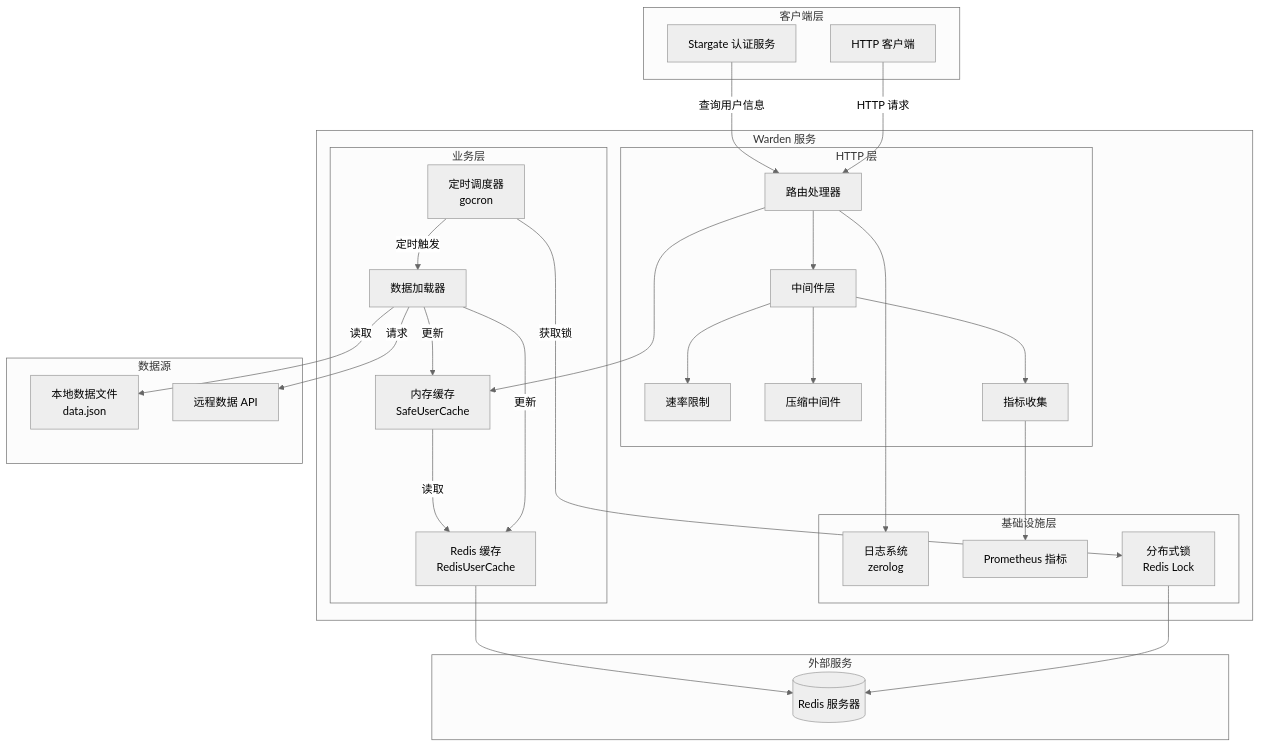
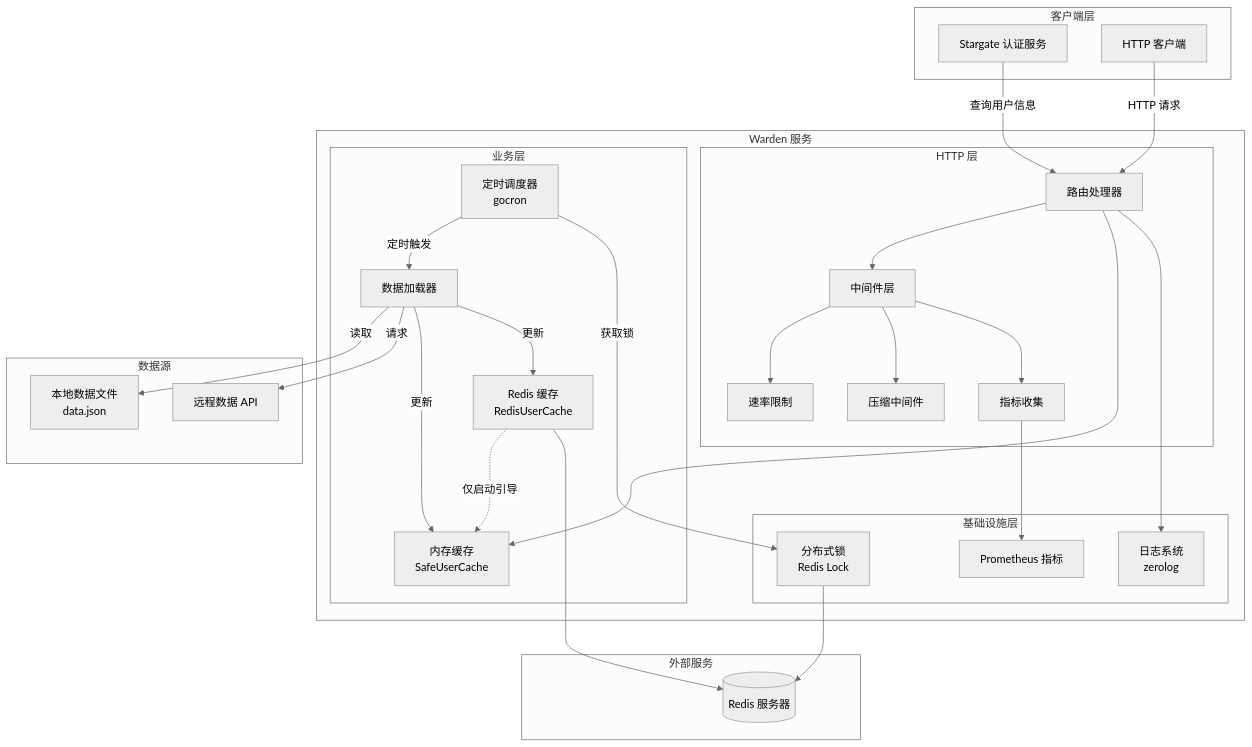
Before and after one commit to soulteary/warden: the first of 7 diagrams in docs/zhCN/ARCHITECTURE.md, drawn with Mermaid (neutral theme). The commit also changed other lines of this file and 1 other file, not shown here.

Commit message:
docs: correct startup and replica refresh flows

````diff
--- a/docs/zhCN/ARCHITECTURE.md
+++ b/docs/zhCN/ARCHITECTURE.md
@@ -11,58 +11,58 @@
 ```mermaid
 graph TB
     subgraph "客户端层"
         Stargate[Stargate 认证服务]
         Client[HTTP 客户端]
     end
 
     subgraph "Warden 服务"
         subgraph "HTTP 层"
             Router[路由处理器]
             Middleware[中间件层]
             RateLimit[速率限制]
             Compress[压缩中间件]
             Metrics[指标收集]
         end
 
         subgraph "业务层"
             UserCache[内存缓存<br/>SafeUserCache]
             RedisCache[Redis 缓存<br/>RedisUserCache]
             Loader[数据加载器]
             Scheduler[定时调度器<br/>gocron]
         end
 
         subgraph "基础设施层"
             Logger[日志系统<br/>zerolog]
             Prometheus[Prometheus 指标]
             RedisLock[分布式锁<br/>Redis Lock]
         end
     end
 
     subgraph "数据源"
         LocalFile[本地数据文件<br/>data.json]
         RemoteAPI[远程数据 API]
     end
 
     subgraph "外部服务"
         Redis[(Redis 服务器)]
     end
 
     Stargate -->|查询用户信息| Router
     Client -->|HTTP 请求| Router
     Router --> Middleware
     Middleware --> RateLimit
     Middleware --> Compress
     Middleware --> Metrics
     Router --> UserCache
-    UserCache -->|读取| RedisCache
+    RedisCache -.->|仅启动引导| UserCache
     RedisCache --> Redis
     Scheduler -->|定时触发| Loader
     Loader -->|读取| LocalFile
     Loader -->|请求| RemoteAPI
     Loader -->|更新| UserCache
     Loader -->|更新| RedisCache
     Scheduler -->|获取锁| RedisLock
     RedisLock --> Redis
     Router --> Logger
     Metrics --> Prometheus
 ```
````
